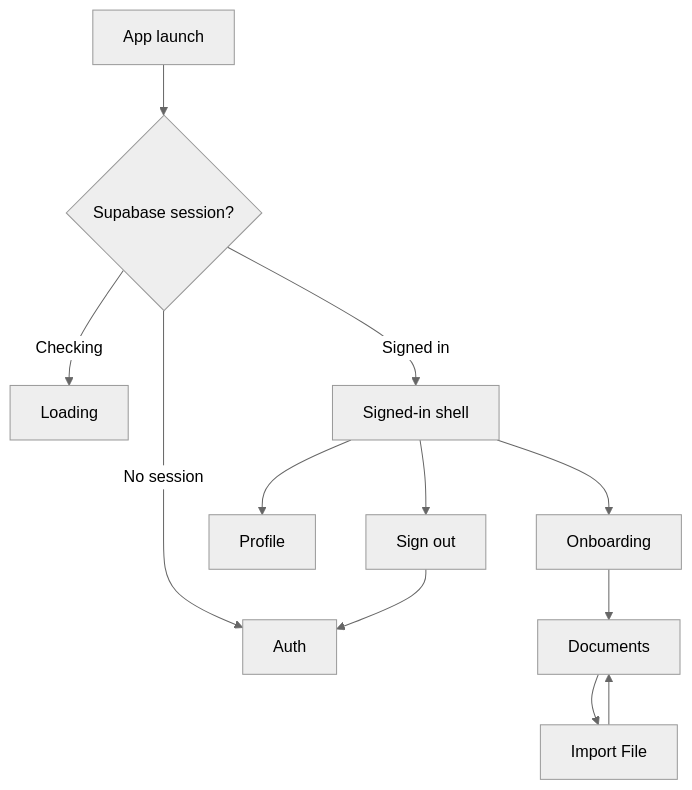
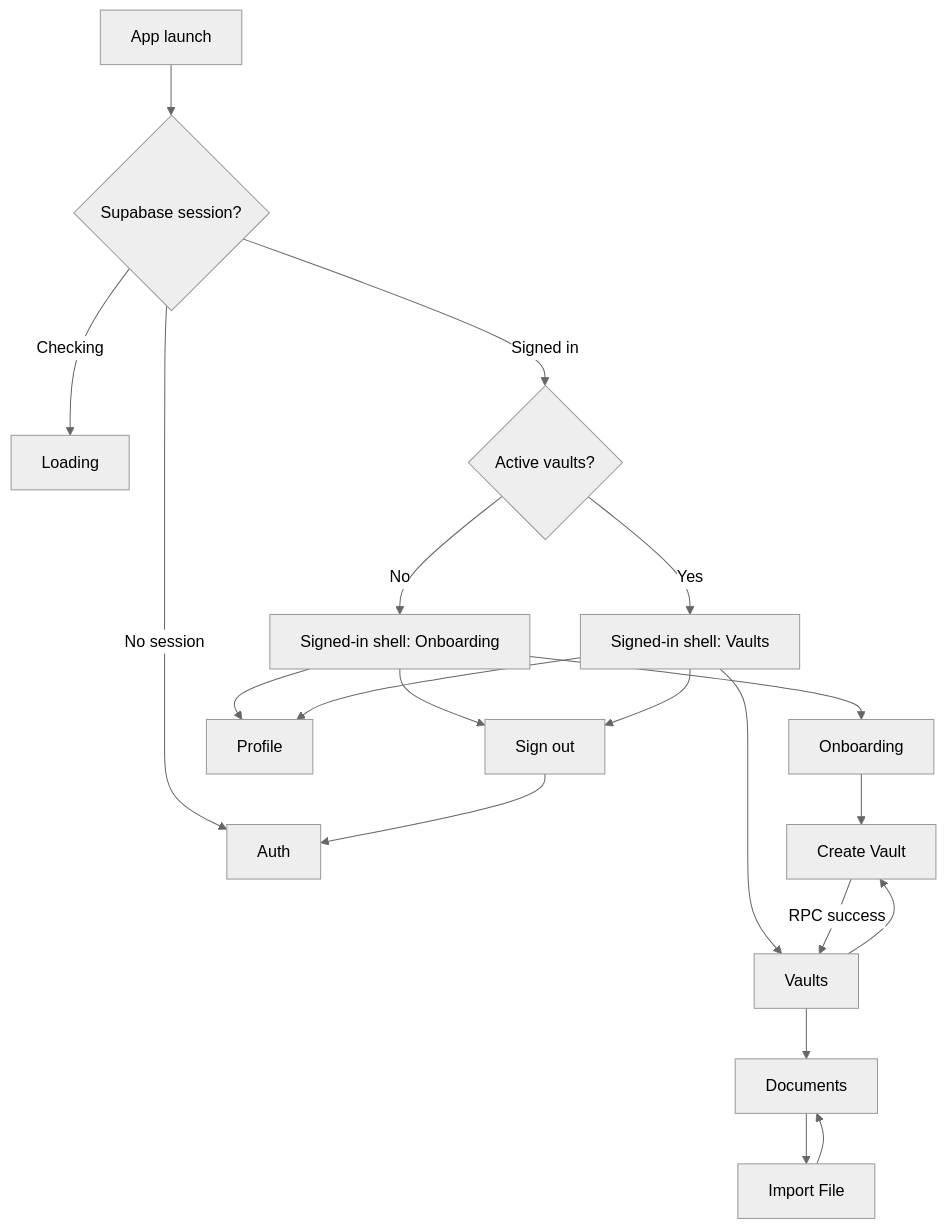
The diagram in docs/android-navigation.md (cyriluoa/family-vault), drawn with Mermaid (neutral theme) before and after one commit. The commit also changed other lines of this file and 39 other files, not shown here.

Commit message:
Add auth onboarding and vault routing

````diff
--- a/docs/android-navigation.md
+++ b/docs/android-navigation.md
@@ -25,14 +27,22 @@
 ```mermaid
 flowchart TD
   Start["App launch"] --> Session{"Supabase session?"}
   Session -->|Checking| Loading["Loading"]
   Session -->|No session| Auth["Auth"]
-  Session -->|Signed in| Shell["Signed-in shell"]
-  Shell --> Onboarding["Onboarding"]
-  Shell --> Profile["Profile"]
-  Shell --> SignOut["Sign out"]
+  Session -->|Signed in| VaultLookup{"Active vaults?"}
+  VaultLookup -->|No| OnboardingShell["Signed-in shell: Onboarding"]
+  VaultLookup -->|Yes| VaultsShell["Signed-in shell: Vaults"]
+  OnboardingShell --> Onboarding["Onboarding"]
+  VaultsShell --> Vaults["Vaults"]
+  OnboardingShell --> Profile["Profile"]
+  VaultsShell --> Profile
+  OnboardingShell --> SignOut["Sign out"]
+  VaultsShell --> SignOut
   SignOut --> Auth
-  Onboarding --> Documents["Documents"]
+  Onboarding --> CreateVault["Create Vault"]
+  CreateVault -->|RPC success| Vaults
+  Vaults --> Documents["Documents"]
+  Vaults --> CreateVault
   Documents --> ImportFile["Import File"]
   ImportFile --> Documents
 ```
````
